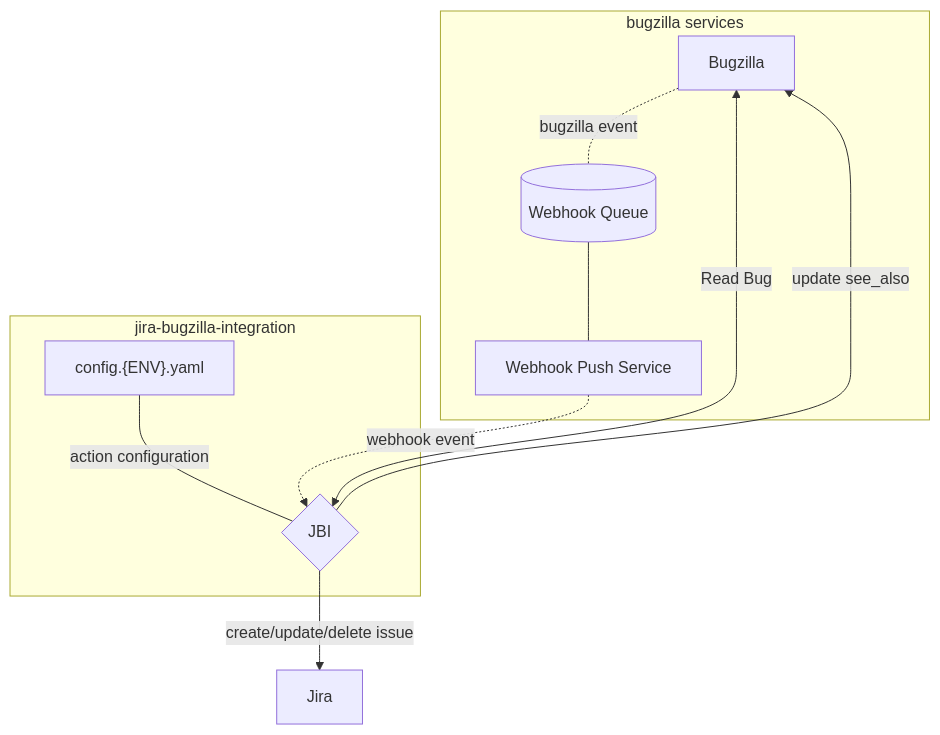
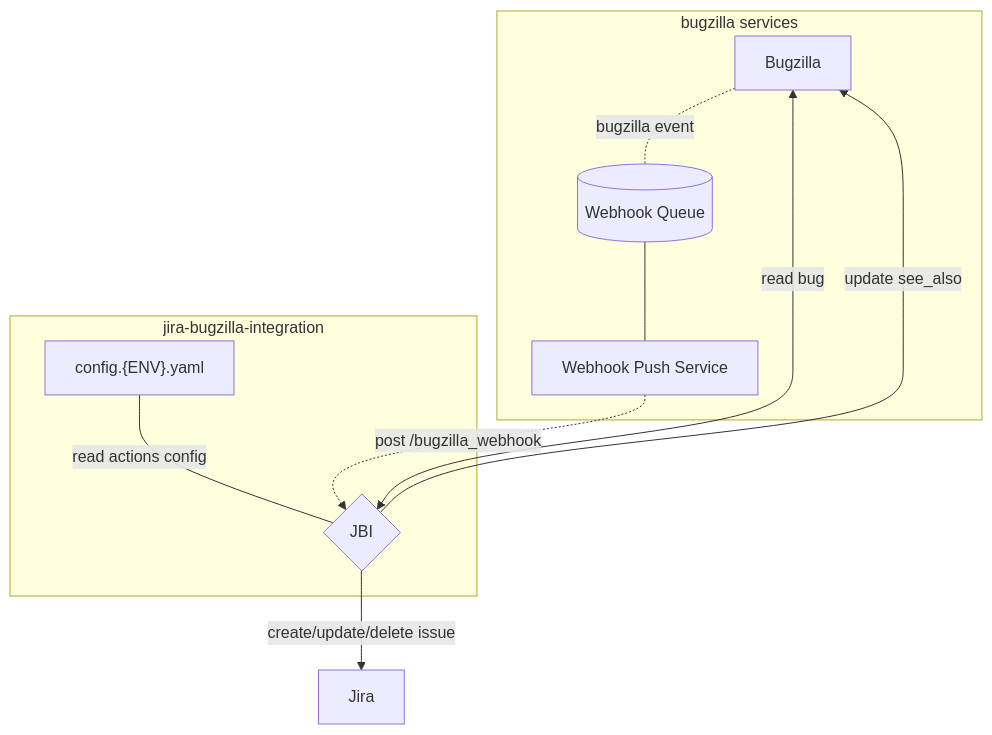
Before and after one commit to mozilla/jira-bugzilla-integration: the diagram in diagrams/basic_jbi_diagram.md, drawn with Mermaid.

Commit message:
Apply suggestions from code review

````diff
--- a/diagrams/basic_jbi_diagram.md
+++ b/diagrams/basic_jbi_diagram.md
@@ -1,14 +1,14 @@
 ``` mermaid
 graph TD
     subgraph bugzilla services
         A[Bugzilla] -.-|bugzilla event| B[(Webhook Queue)]
         B --- C[Webhook Push Service]
     end
     D --> |create/update/delete issue| E[Jira]
-    D<-->|Read Bug| A
+    D<-->|read bug| A
     D -->|update see_also| A
     subgraph jira-bugzilla-integration
-        C -.->|webhook event| D{JBI}
-        F["config.{ENV}.yaml"] ---|action configuration| D
+        C -.->|post /bugzilla_webhook| D{JBI}
+        F["config.{ENV}.yaml"] ---| read actions config| D
     end
 ```
````
